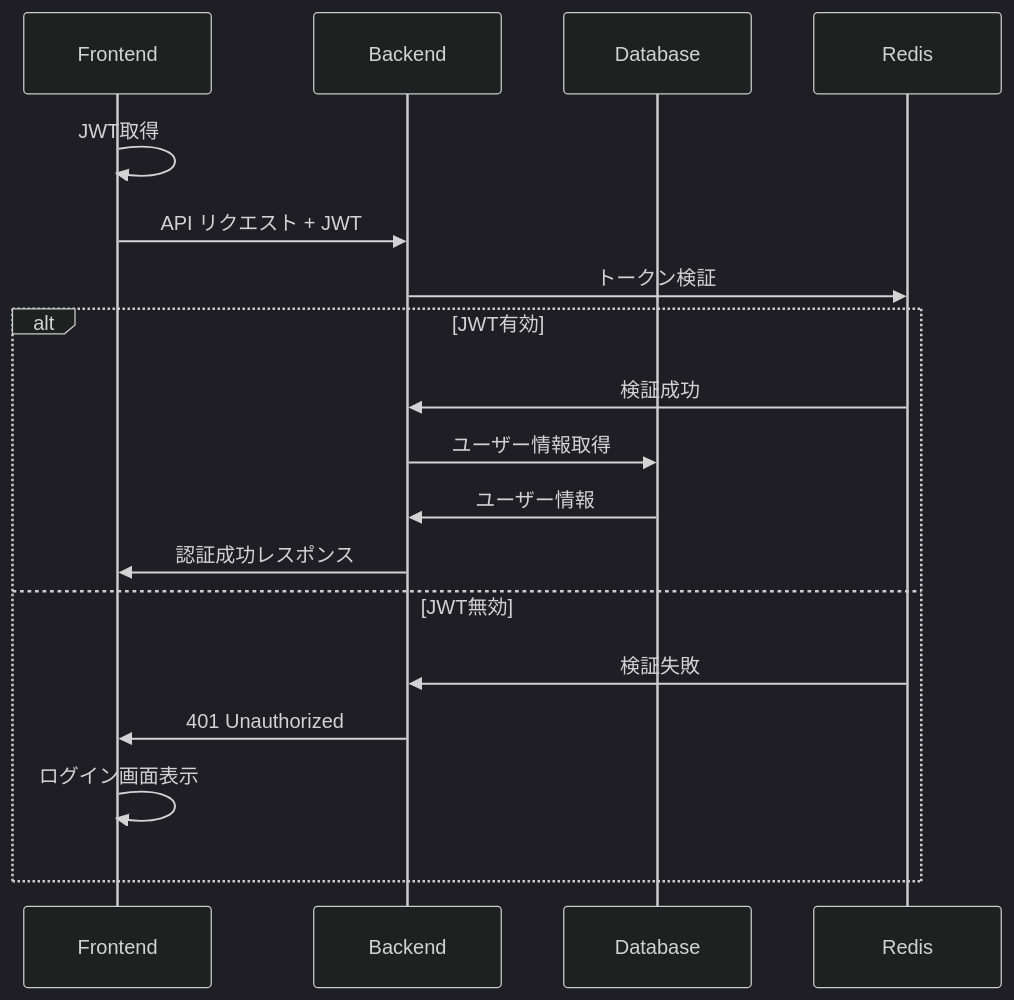
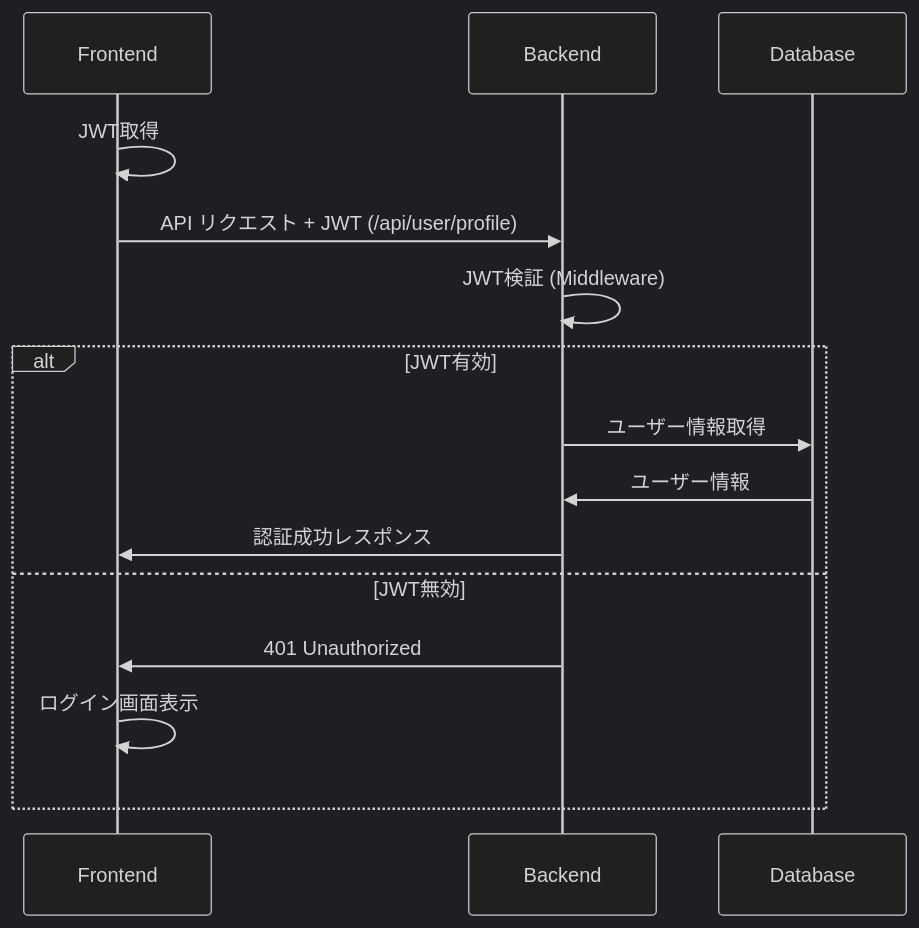
The third of 27 diagrams in docs/auth-system-design.md (myantyuWorld/stackies-with-cc), drawn with Mermaid (dark theme) before and after one commit. The commit also changed other lines of this file and 13 other files, not shown here.

````diff
--- a/docs/auth-system-design.md
+++ b/docs/auth-system-design.md
@@ -79,21 +69,18 @@
 ```mermaid
 sequenceDiagram
     participant F as Frontend
     participant B as Backend
     participant DB as Database
-    participant R as Redis
     
     F->>F: JWT取得
-    F->>B: API リクエスト + JWT
-    B->>R: トークン検証
+    F->>B: API リクエスト + JWT (/api/user/profile)
+    B->>B: JWT検証 (Middleware)
     alt JWT有効
-        R->>B: 検証成功
         B->>DB: ユーザー情報取得
         DB->>B: ユーザー情報
         B->>F: 認証成功レスポンス
     else JWT無効
-        R->>B: 検証失敗
         B->>F: 401 Unauthorized
         F->>F: ログイン画面表示
     end
 ```
````
